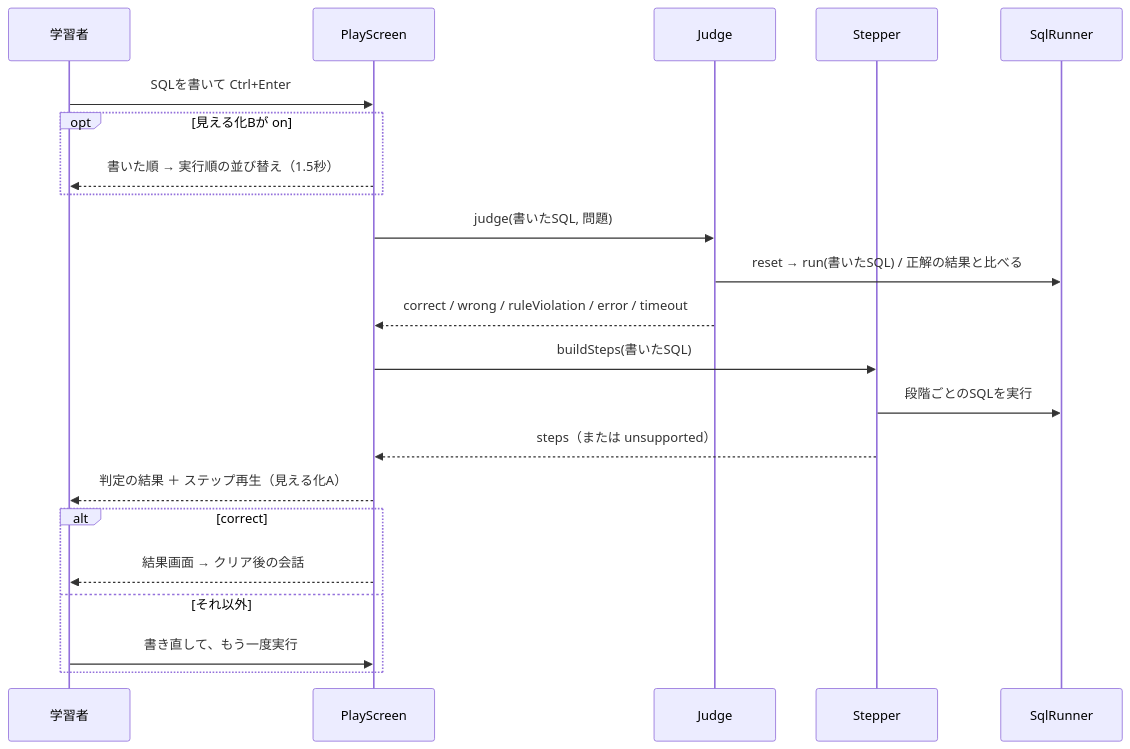
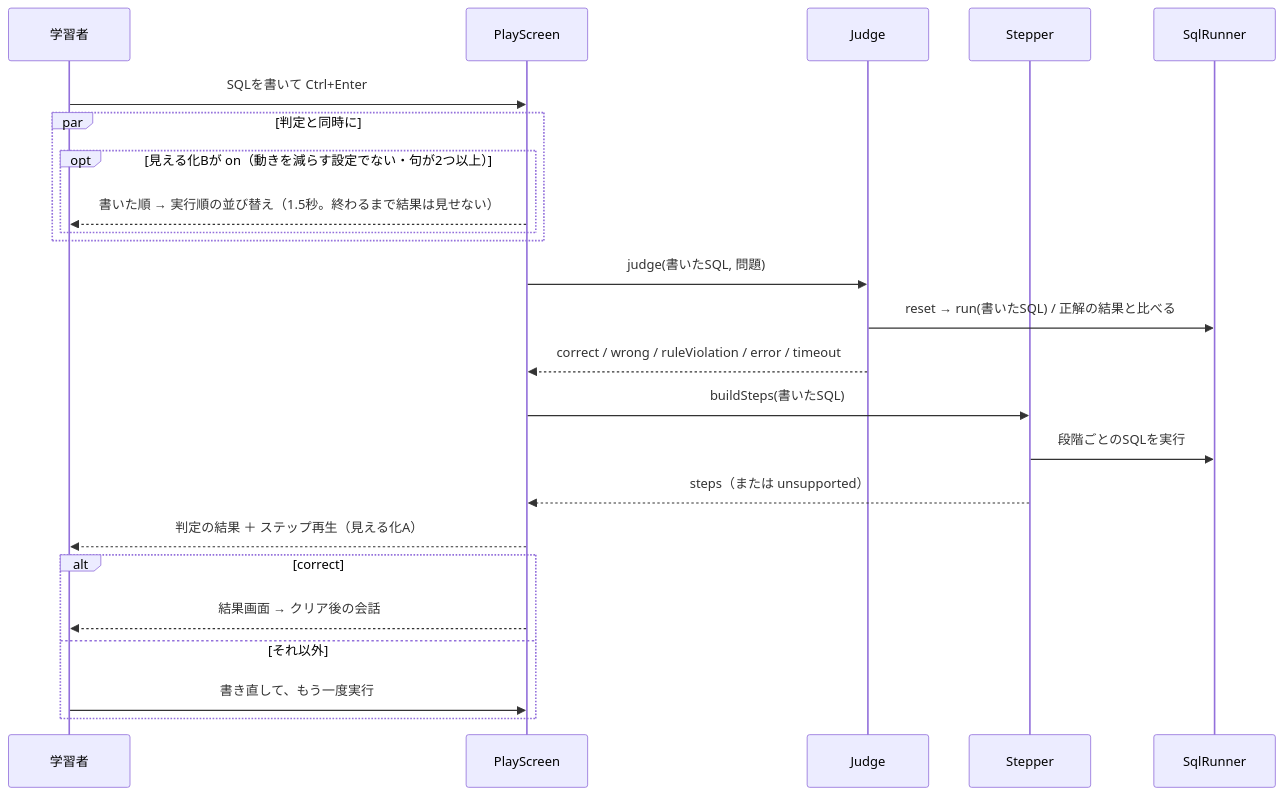
The fourth of 6 diagrams in docs/functional-design.md (HarutarouKawamoto/sql-typing), drawn with Mermaid before and after one commit. The commit also changed other lines of this file and 28 other files, not shown here.

````diff
--- a/docs/functional-design.md
+++ b/docs/functional-design.md
@@ -784,25 +810,27 @@
 ```mermaid
 sequenceDiagram
     participant U as 学習者
     participant P as PlayScreen
     participant J as Judge
     participant St as Stepper
     participant R as SqlRunner
 
     U->>P: SQLを書いて Ctrl+Enter
-    opt 見える化Bが on
-        P-->>U: 書いた順 → 実行順の並び替え（1.5秒）
+    par 判定と同時に
+        opt 見える化Bが on（動きを減らす設定でない・句が2つ以上）
+            P-->>U: 書いた順 → 実行順の並び替え（1.5秒。終わるまで結果は見せない）
+        end
     end
     P->>J: judge(書いたSQL, 問題)
     J->>R: reset → run(書いたSQL) / 正解の結果と比べる
     J-->>P: correct / wrong / ruleViolation / error / timeout
     P->>St: buildSteps(書いたSQL)
     St->>R: 段階ごとのSQLを実行
     St-->>P: steps（または unsupported）
     P-->>U: 判定の結果 ＋ ステップ再生（見える化A）
     alt correct
         P-->>U: 結果画面 → クリア後の会話
     else それ以外
         U->>P: 書き直して、もう一度実行
     end
 ```
````
